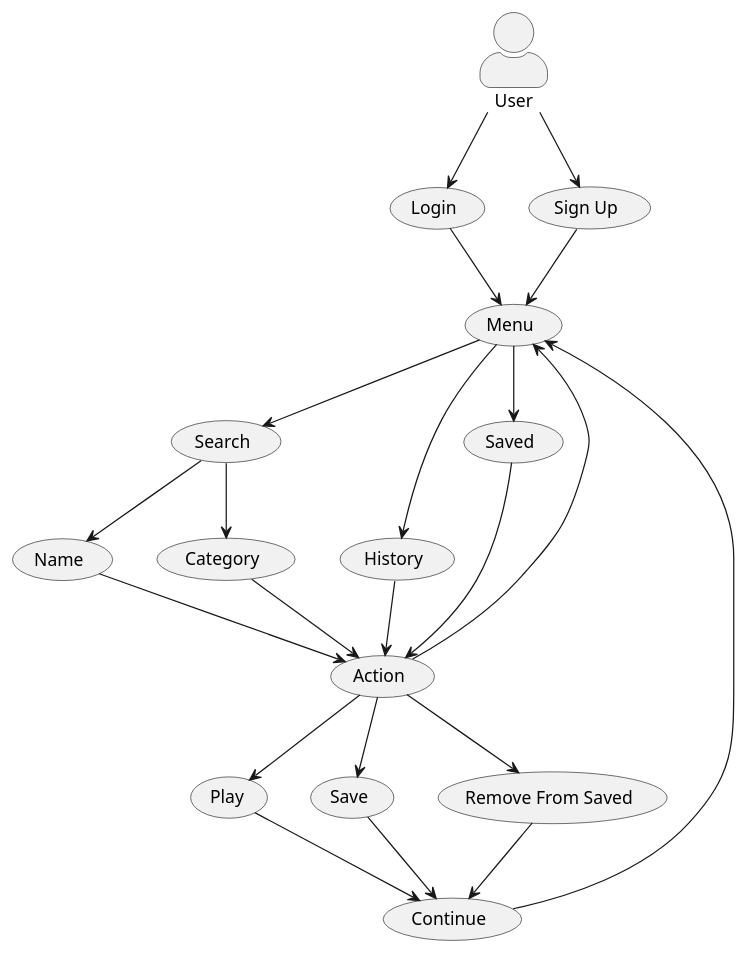
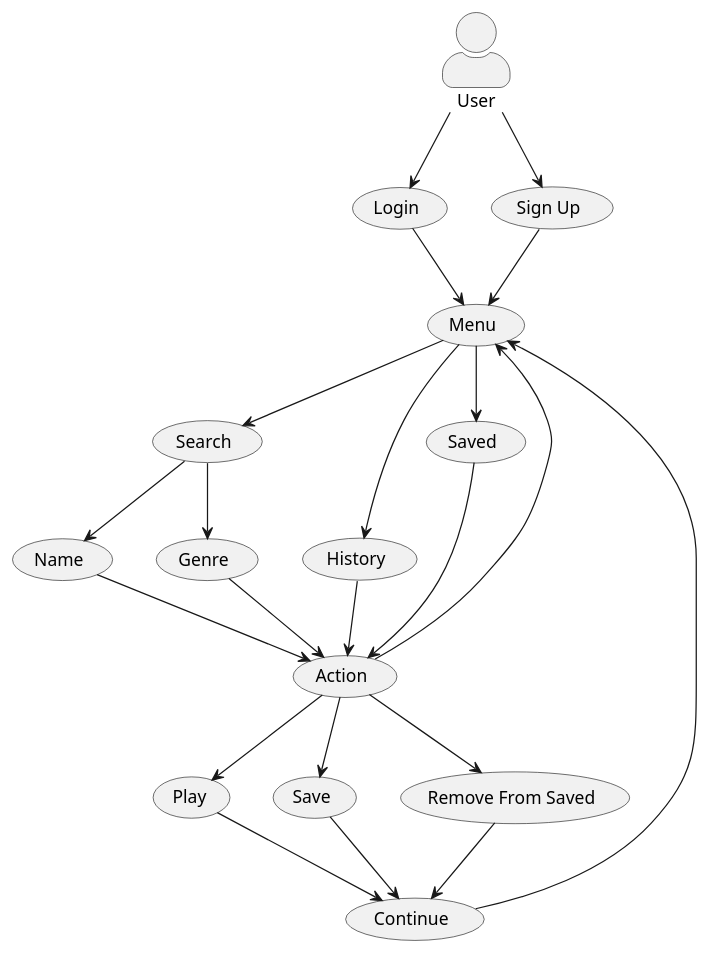
The diagram in doc/Plan/static/usecase.puml (Gervig/SP3-Gruppe-C), drawn with PlantUML before and after one commit. The commit also changed 5 other files, not shown here.

```diff
--- a/doc/Plan/static/usecase.puml
+++ b/doc/Plan/static/usecase.puml
@@ -1,28 +1,28 @@
 @startuml
 'https://plantuml.com/use-case-diagram
 
 
 skinparam actorStyle awesome
 :User: --> (Login)
 :User: --> (Sign Up)
 (Sign Up) --> (Menu)
 (Login) --> (Menu)
 (Menu) --> (Search)
 (Menu) --> (History)
 (Menu) --> (Saved)
 (Search) --> (Name)
-(Search) --> (Category)
+(Search) --> (Genre)
 (Name) --> (Action)
-(Category) --> (Action)
+(Genre) --> (Action)
 (History) --> (Action)
 (Saved) --> (Action)
 (Action) --> (Play)
 (Action) --> (Save)
 (Action) --> (Remove From Saved)
 (Action) --> (Menu)
 (Play) --> (Continue)
 (Save) --> (Continue)
 (Remove From Saved) --> (Continue)
 (Continue) --> (Menu)
 
 @enduml
```
